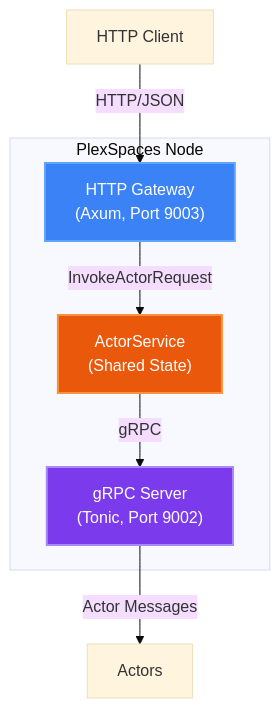
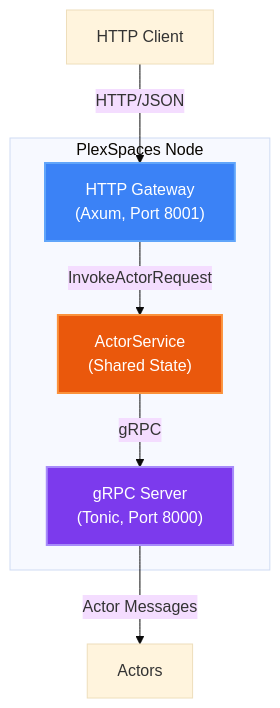
One commit to bhatti/PlexSpaces changed diagram 12 of 13 in docs/architecture.md. Above: the diagram before and after it, drawn with Mermaid (base theme). The commit also changed other lines of this file and 158 other files, not shown here.

````diff
--- a/docs/architecture.md
+++ b/docs/architecture.md
@@ -814,17 +814,17 @@
 ```mermaid
 graph TB
     subgraph Node["PlexSpaces Node"]
-        HTTP["HTTP Gateway<br/>(Axum, Port 9003)"]
-        GRPC["gRPC Server<br/>(Tonic, Port 9002)"]
+        HTTP["HTTP Gateway<br/>(Axum, Port 8001)"]
+        GRPC["gRPC Server<br/>(Tonic, Port 8000)"]
         Service["ActorService<br/>(Shared State)"]
     end
     
     Client["HTTP Client"] -->|"HTTP/JSON"| HTTP
     HTTP -->|"InvokeActorRequest"| Service
     Service -->|"gRPC"| GRPC
     GRPC -->|"Actor Messages"| Actors["Actors"]
     
     style HTTP fill:#3b82f6,stroke:#60a5fa,stroke-width:2px,color:#fff
     style GRPC fill:#7c3aed,stroke:#a78bfa,stroke-width:2px,color:#fff
     style Service fill:#ea580c,stroke:#fb923c,stroke-width:2px,color:#fff
 ```
````
